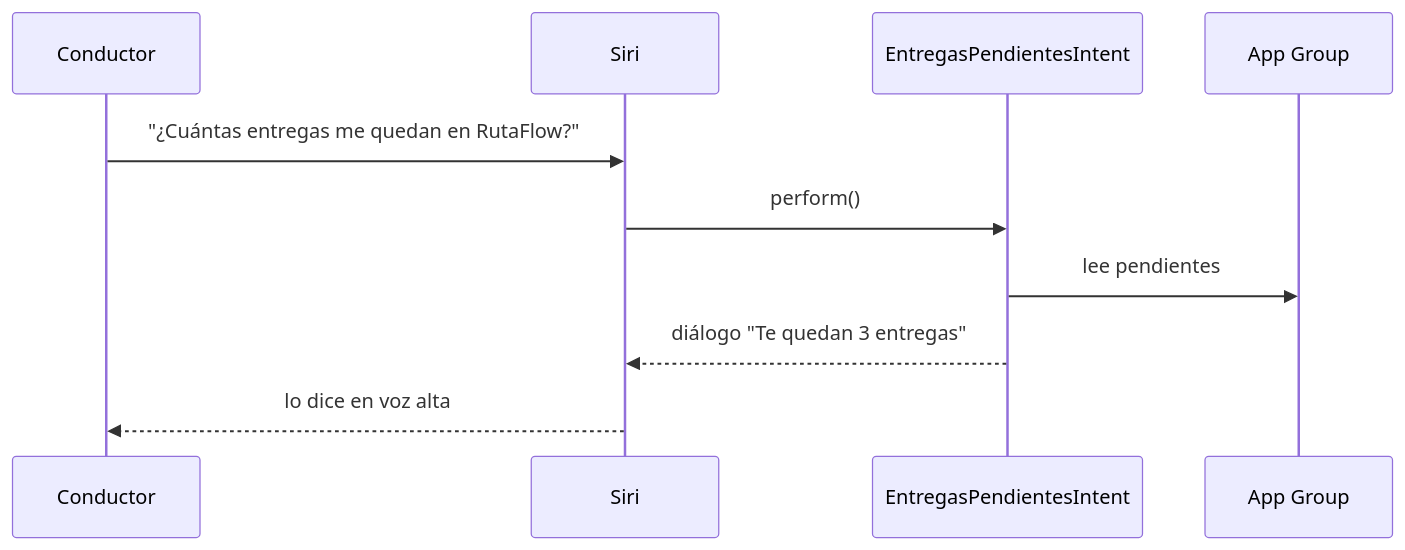
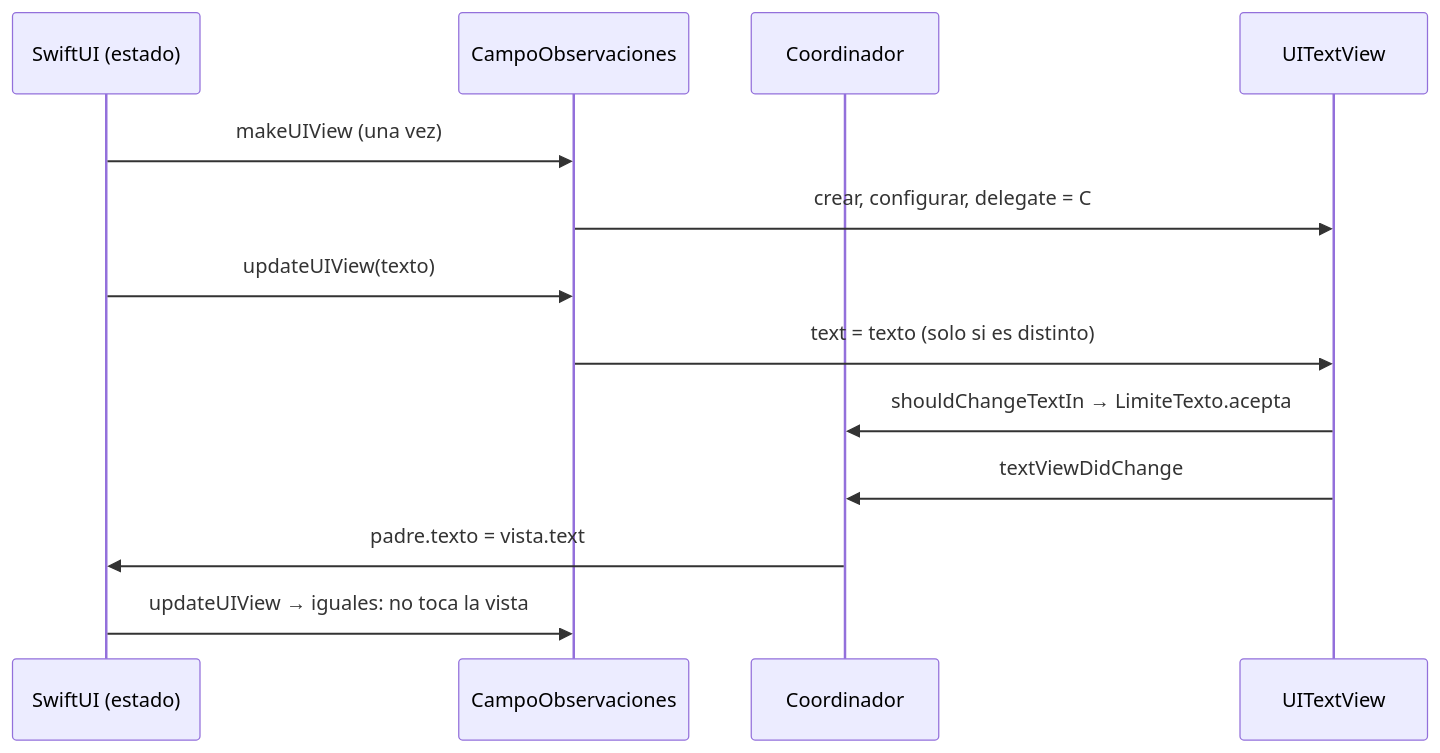
One commit to NICORUIZ93/The_Imperial_Book changed the third of 4 diagrams in web/public/content/ios/modulo-14.md. Above: the diagram before and after it, drawn with Mermaid. The commit also changed other lines of this file and 88 other files, not shown here.

````diff
--- a/web/public/content/ios/modulo-14.md
+++ b/web/public/content/ios/modulo-14.md
@@ -793,12 +1123,15 @@
 ```mermaid
 sequenceDiagram
-    participant U as Conductor
-    participant S as Siri
-    participant I as EntregasPendientesIntent
-    participant G as App Group
-    U->>S: "¿Cuántas entregas me quedan en RutaFlow?"
-    S->>I: perform()
-    I->>G: lee pendientes
-    I-->>S: diálogo "Te quedan 3 entregas"
-    S-->>U: lo dice en voz alta
+    participant S as SwiftUI (estado)
+    participant R as CampoObservaciones
+    participant C as Coordinador
+    participant U as UITextView
+    S->>R: makeUIView (una vez)
+    R->>U: crear, configurar, delegate = C
+    S->>R: updateUIView(texto)
+    R->>U: text = texto (solo si es distinto)
+    U->>C: shouldChangeTextIn → LimiteTexto.acepta
+    U->>C: textViewDidChange
+    C->>S: padre.texto = vista.text
+    S->>R: updateUIView → iguales: no toca la vista
 ```
````
